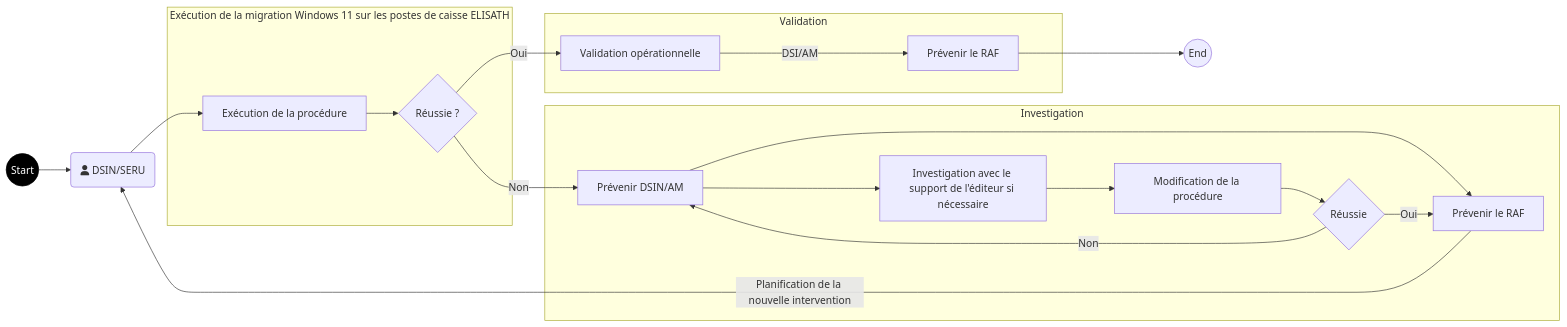
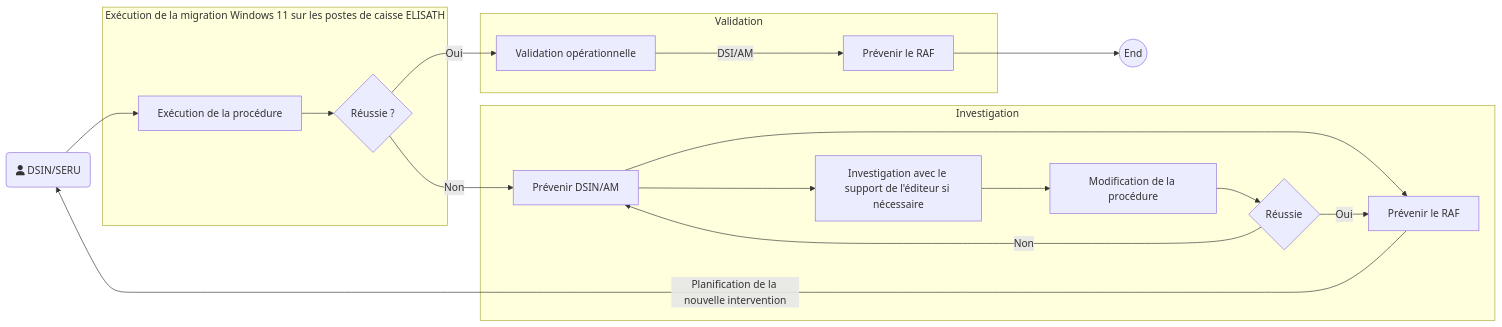
One commit to fdadda/iodraw-files changed the diagram in all/Flux de validation.md. Above: the diagram before and after it, drawn with Mermaid.

Commit message:
2026-05-12 09:38:18 update

````diff
--- a/all/Flux de validation.md
+++ b/all/Flux de validation.md
@@ -1,29 +1,29 @@
 ```mermaid
 flowchart LR
 
-    Start((Start)) --> A
+   
     classDef startStyle fill:#000,stroke:#000,color:#fff
     class Start startStyle
     class End startStyle
     A(fa:fa-user DSIN/SERU) --> B[Exécution de la procédure]
     subgraph Exécution de la migration Windows 11 sur les postes de caisse ELISATH
     B --> C{Réussie ?}
     end
     subgraph Validation
         C -- Oui --> D[Validation opérationnelle]
         D -- DSI/AM --> J[Prévenir le RAF]
         
     end
     J --> End((End)) 
     subgraph Investigation
         C -- Non --> E[Prévenir DSIN/AM]
         E --> F[Prévenir le RAF]
         E --> G[Investigation avec le support de l'éditeur si nécessaire]
         G --> H[Modification de la procédure]
         H --> I{Réussie}
         I -- Oui --> F
         I -- Non --> E
     end
     F -- Planification de la nouvelle intervention --> A
     
 ```
````
